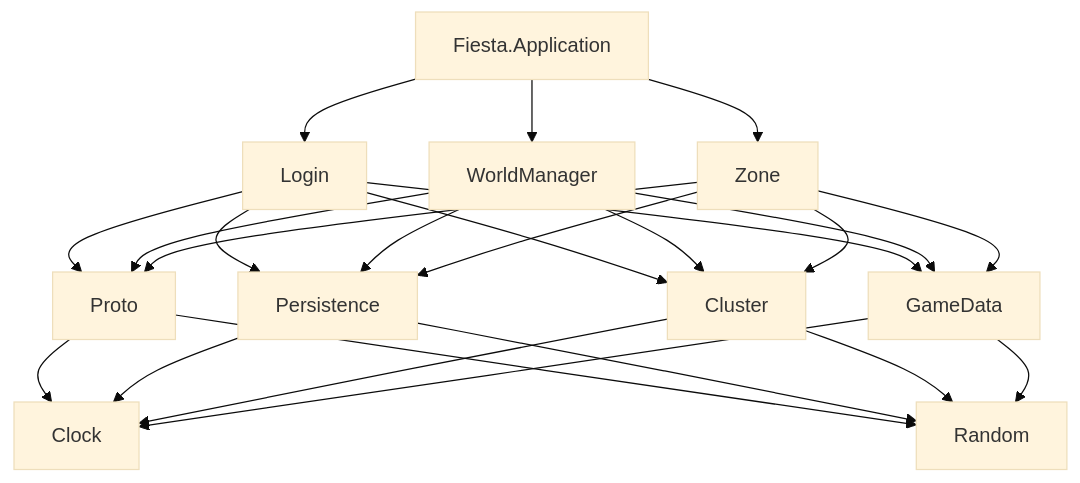
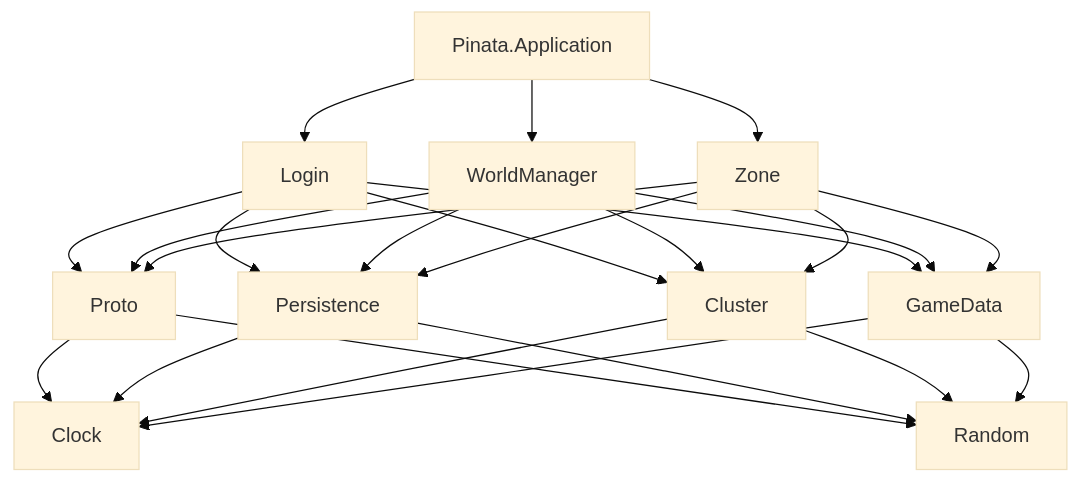
Before and after one commit to wbpascal/pinata: the diagram in server/docs/technical/README.md, drawn with Mermaid (base theme). The commit also changed other lines of this file and 13 other files, not shown here.

Commit message:
Rename root namespace Fiesta to Pinata, app :pinata (#34)

````diff
--- a/server/docs/technical/README.md
+++ b/server/docs/technical/README.md
@@ -26,6 +26,6 @@
 ```mermaid
 flowchart TD
-    App[Fiesta.Application] --> Login & WorldManager & Zone
+    App[Pinata.Application] --> Login & WorldManager & Zone
     Login & WorldManager & Zone --> Proto & Persistence & Cluster & GameData
     Proto & Persistence & Cluster & GameData --> Clock & Random
 ```
````
